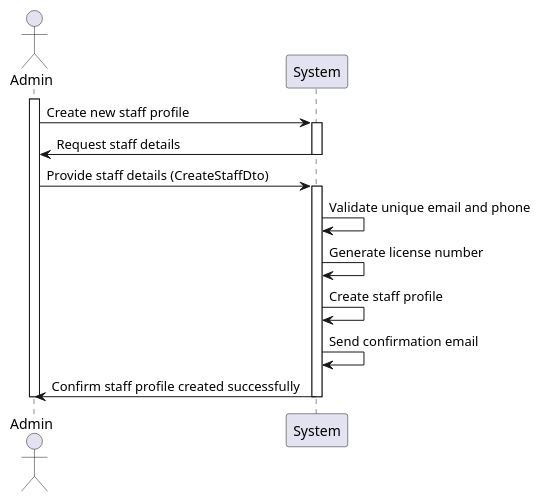
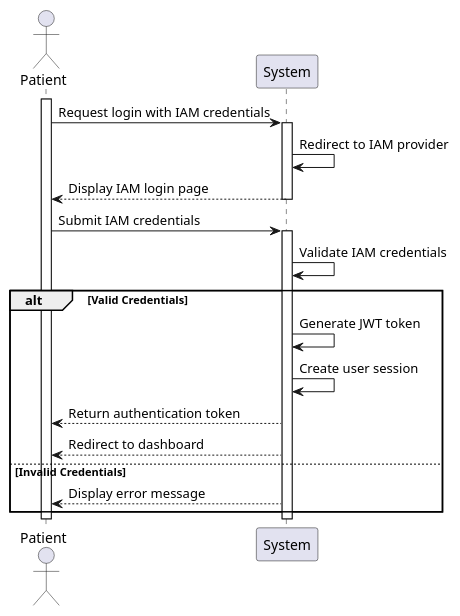
The diagram in docs/Sprint1/US 5.1.7/01.requirements-engineering/puml/system-sequence-diagram.puml (HugBar/3DC_G17), drawn with PlantUML before and after one commit. The commit also changed 6707 other files, not shown here.

```diff
--- a/docs/Sprint1/US 5.1.7/01.requirements-engineering/puml/system-sequence-diagram.puml
+++ b/docs/Sprint1/US 5.1.7/01.requirements-engineering/puml/system-sequence-diagram.puml
@@ -1,19 +1,25 @@
-@startuml
-actor Admin as User
+@startuml name system sequence diagram us 5.1.7
+actor Patient as User
 participant System
 
 activate User
-User -> System: Create new staff profile
+User -> System: Request login with IAM credentials
 activate System
-System -> User: Request staff details
+System -> System: Redirect to IAM provider
+System --> User: Display IAM login page
 deactivate System
-User -> System: Provide staff details (CreateStaffDto)
+
+User -> System: Submit IAM credentials
 activate System
-System -> System: Validate unique email and phone
-System -> System: Generate license number
-System -> System: Create staff profile
-System -> System: Send confirmation email
-System -> User: Confirm staff profile created successfully
+System -> System: Validate IAM credentials
+alt Valid Credentials
+    System -> System: Generate JWT token
+    System -> System: Create user session
+    System --> User: Return authentication token
+    System --> User: Redirect to dashboard
+else Invalid Credentials
+    System --> User: Display error message
+end
 deactivate System
 deactivate User
 @enduml
```
